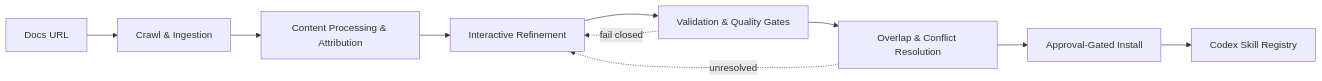
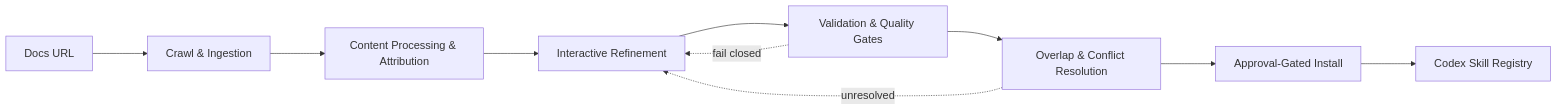
The first of 2 diagrams in README.md (Nickbohm555/skill-cli), drawn with Mermaid before and after one commit.

Commit message:
Zoom architecture mermaid diagram

````diff
--- a/README.md
+++ b/README.md
@@ -27,13 +27,14 @@
 ```mermaid
+%%{init: {"flowchart": {"nodeSpacing": 80, "rankSpacing": 90, "htmlLabels": true}, "themeVariables": {"fontSize": "18px"}}}%%
 flowchart LR
     A[Docs URL] --> B[Crawl & Ingestion]
     B --> C[Content Processing & Attribution]
     C --> D[Interactive Refinement]
     D --> E[Validation & Quality Gates]
     E --> F[Overlap & Conflict Resolution]
     F --> G[Approval-Gated Install]
     G --> H[Codex Skill Registry]
 
     E -. fail closed .-> D
     F -. unresolved .-> D
 ```
````
